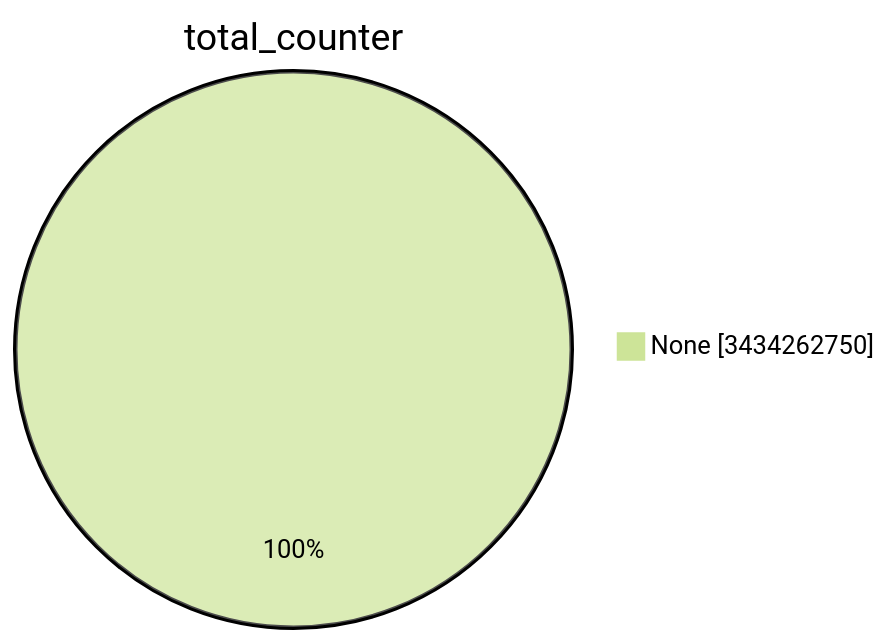
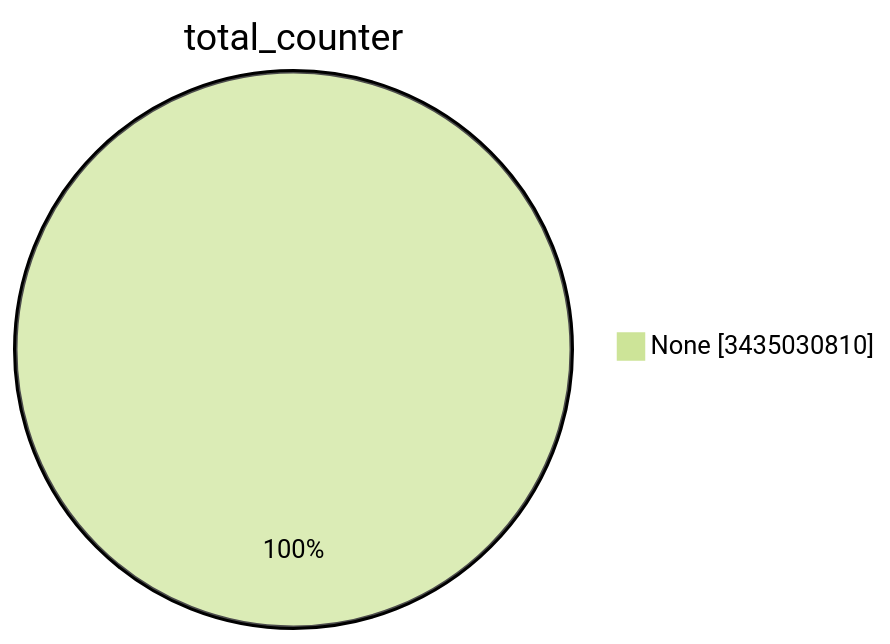
Before and after one commit to christiankrug/ctmonitor_visualization: the first of 15 diagrams in TOTAL/README.md, drawn with Mermaid (forest theme). The commit also changed other lines of this file, not shown here.

````diff
--- a/TOTAL/README.md
+++ b/TOTAL/README.md
@@ -1,5 +1,5 @@
 ```mermaid
 pie showData
 title total_counter
-"None" :3434262750
+"None" :3435030810
 ```
````
